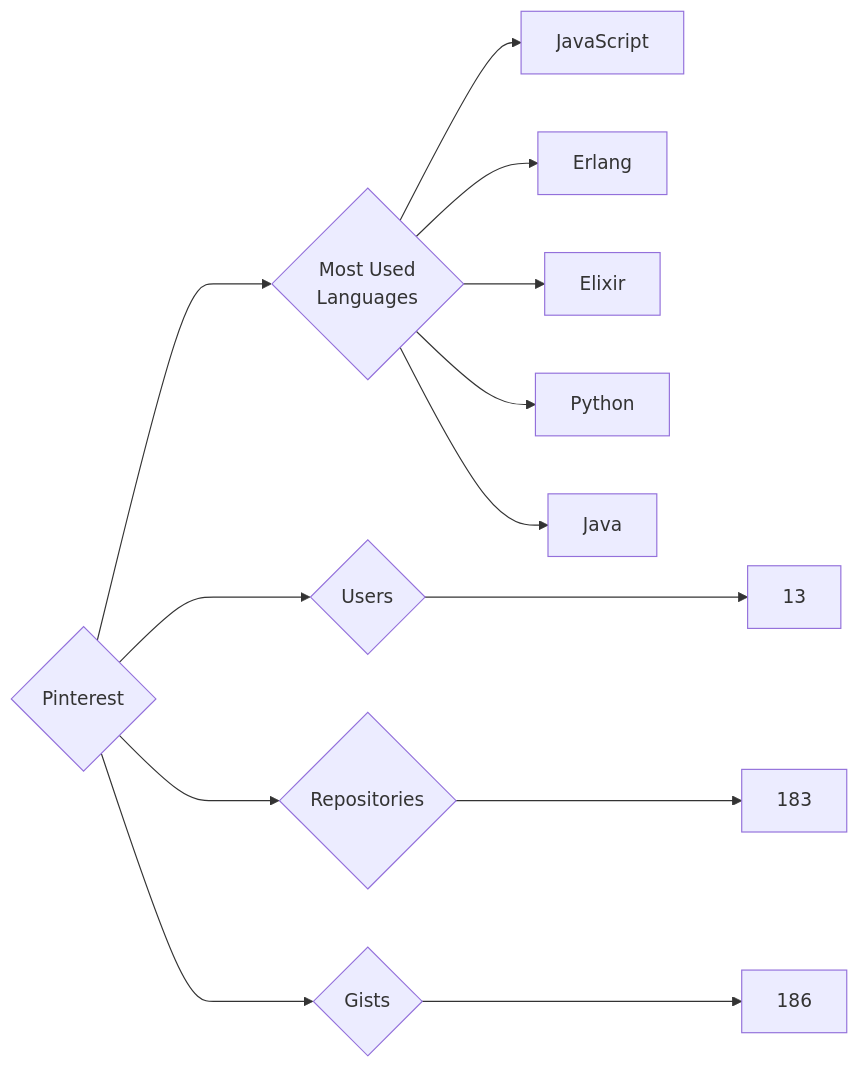
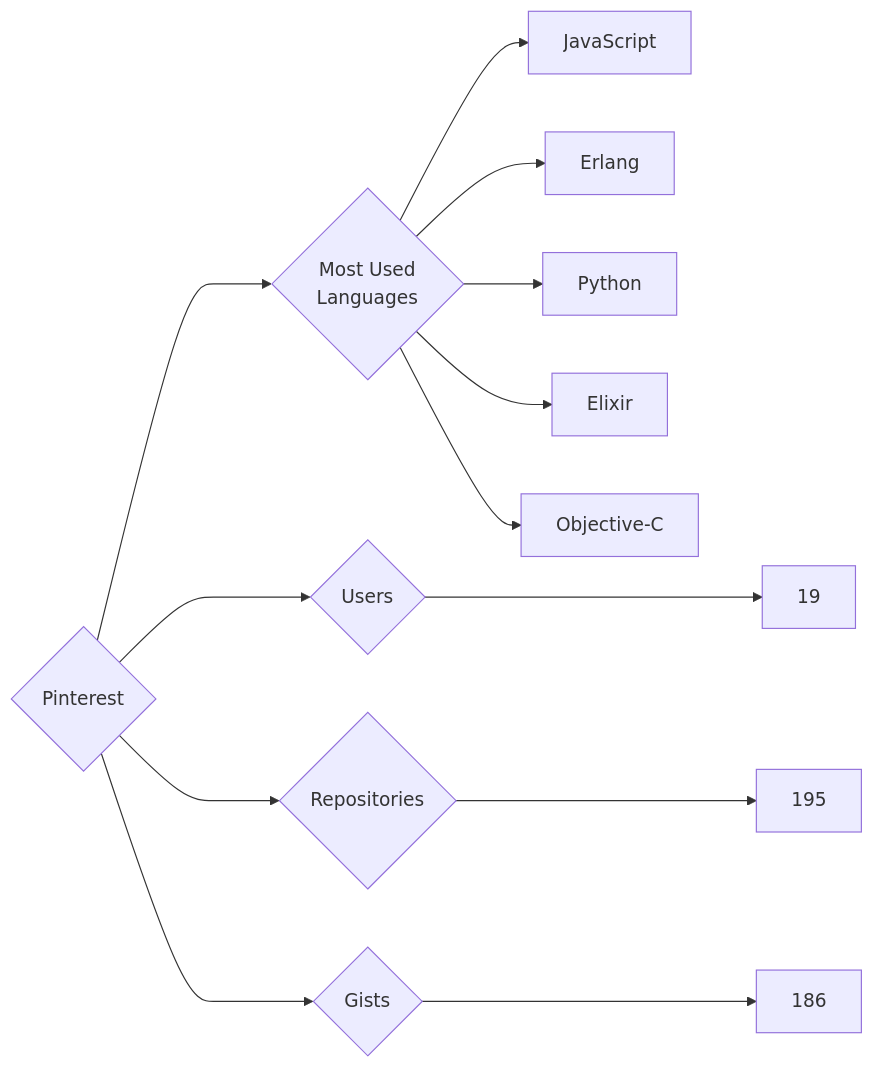
One commit to trickest/insiders changed the diagram in targets/Pinterest/README.md. Above: the diagram before and after it, drawn with Mermaid. The commit also changed 823 other files, not shown here.

````diff
--- a/targets/Pinterest/README.md
+++ b/targets/Pinterest/README.md
@@ -3,13 +3,13 @@
 ```mermaid
 graph LR
 COMPANY_NAME{Pinterest}
-COMPANY_NAME ---> U{Users} ---> UN[13]
-COMPANY_NAME ---> R{Repositories} ---> RN[183]
+COMPANY_NAME ---> U{Users} ---> UN[19]
+COMPANY_NAME ---> R{Repositories} ---> RN[195]
 COMPANY_NAME ---> G{Gists} ---> GN[186]
 COMPANY_NAME ---> ML{Most Used<br>Languages}
 ML --> JavaScript[JavaScript]
 ML --> Erlang[Erlang]
+ML --> Python[Python]
 ML --> Elixir[Elixir]
-ML --> Python[Python]
-ML --> Java[Java]
+ML --> Objective-C[Objective-C]
 ```
````
